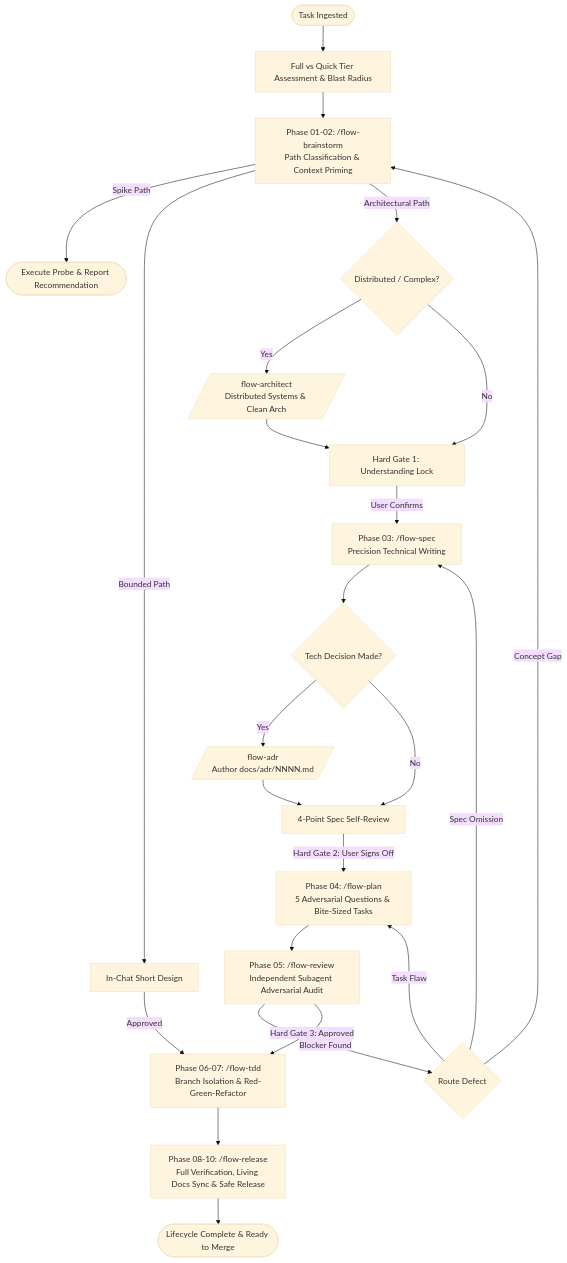
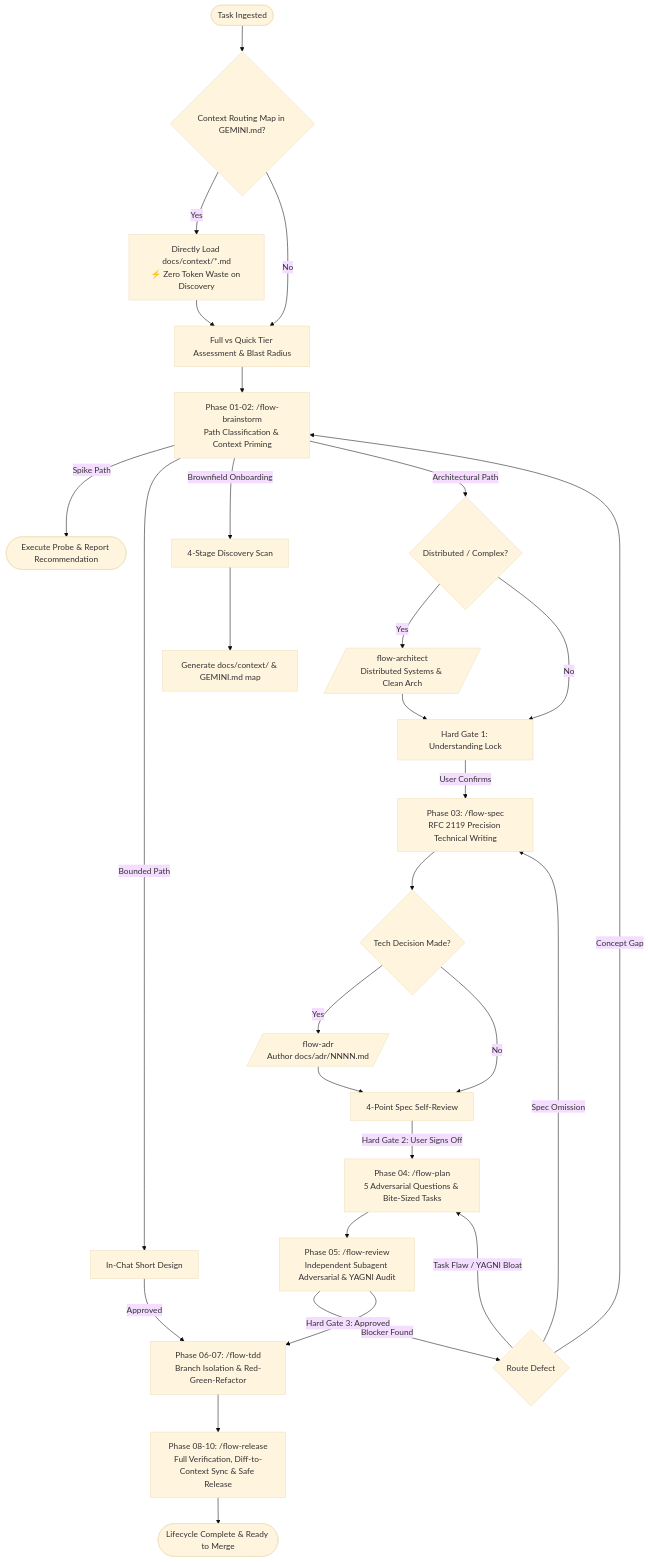
One commit to larya-dot-eu/agy-flow changed the diagram in README.md. Above: the diagram before and after it, drawn with Mermaid (base theme). The commit also changed other lines of this file and 25 other files, not shown here.

Commit message:
feat(suite): add context routing, canonical templates, and lifecycle guards (v1.1.0)

````diff
--- a/README.md
+++ b/README.md
@@ -14,29 +14,34 @@
 ```mermaid
 graph TD
-    Start([Task Ingested]) --> TierCheck[Full vs Quick Tier Assessment & Blast Radius]
+    Start([Task Ingested]) --> ContextCheck{Context Routing Map in GEMINI.md?}
+    ContextCheck -->|Yes| DirectLoad[Directly Load docs/context/*.md<br/>⚡ Zero Token Waste on Discovery]
+    ContextCheck -->|No| TierCheck[Full vs Quick Tier Assessment & Blast Radius]
+    DirectLoad --> TierCheck
+    
     TierCheck --> Phase1[Phase 01-02: /flow-brainstorm<br/>Path Classification & Context Priming]
     
     Phase1 -->|Spike Path| SpikeEnd([Execute Probe & Report Recommendation])
     Phase1 -->|Bounded Path| BoundedDesign[In-Chat Short Design] -->|Approved| TDD
+    Phase1 -->|Brownfield Onboarding| Onboard[4-Stage Discovery Scan] --> GenCtx[Generate docs/context/ & GEMINI.md map]
     Phase1 -->|Architectural Path| ArchCheck{Distributed / Complex?}
     
     ArchCheck -->|Yes| ArchSkill[/flow-architect<br/>Distributed Systems & Clean Arch/] --> Lock[Hard Gate 1: Understanding Lock]
     ArchCheck -->|No| Lock
     
-    Lock -->|User Confirms| Spec[Phase 03: /flow-spec<br/>Precision Technical Writing]
+    Lock -->|User Confirms| Spec[Phase 03: /flow-spec<br/>RFC 2119 Precision Technical Writing]
     Spec --> ADRCheck{Tech Decision Made?}
     ADRCheck -->|Yes| ADRSkill[/flow-adr<br/>Author docs/adr/NNNN.md/] --> SpecReview[4-Point Spec Self-Review]
     ADRCheck -->|No| SpecReview
     
     SpecReview -->|Hard Gate 2: User Signs Off| Plan[Phase 04: /flow-plan<br/>5 Adversarial Questions & Bite-Sized Tasks]
-    Plan --> Review[Phase 05: /flow-review<br/>Independent Subagent Adversarial Audit]
+    Plan --> Review[Phase 05: /flow-review<br/>Independent Subagent Adversarial & YAGNI Audit]
     
     Review -->|Blocker Found| Loopback{Route Defect}
     Loopback -->|Concept Gap| Phase1
     Loopback -->|Spec Omission| Spec
-    Loopback -->|Task Flaw| Plan
+    Loopback -->|Task Flaw / YAGNI Bloat| Plan
     
     Review -->|Hard Gate 3: Approved| TDD[Phase 06-07: /flow-tdd<br/>Branch Isolation & Red-Green-Refactor]
-    TDD --> Release[Phase 08-10: /flow-release<br/>Full Verification, Living Docs Sync & Safe Release]
+    TDD --> Release[Phase 08-10: /flow-release<br/>Full Verification, Diff-to-Context Sync & Safe Release]
     Release --> Done([Lifecycle Complete & Ready to Merge])
 ```
````
